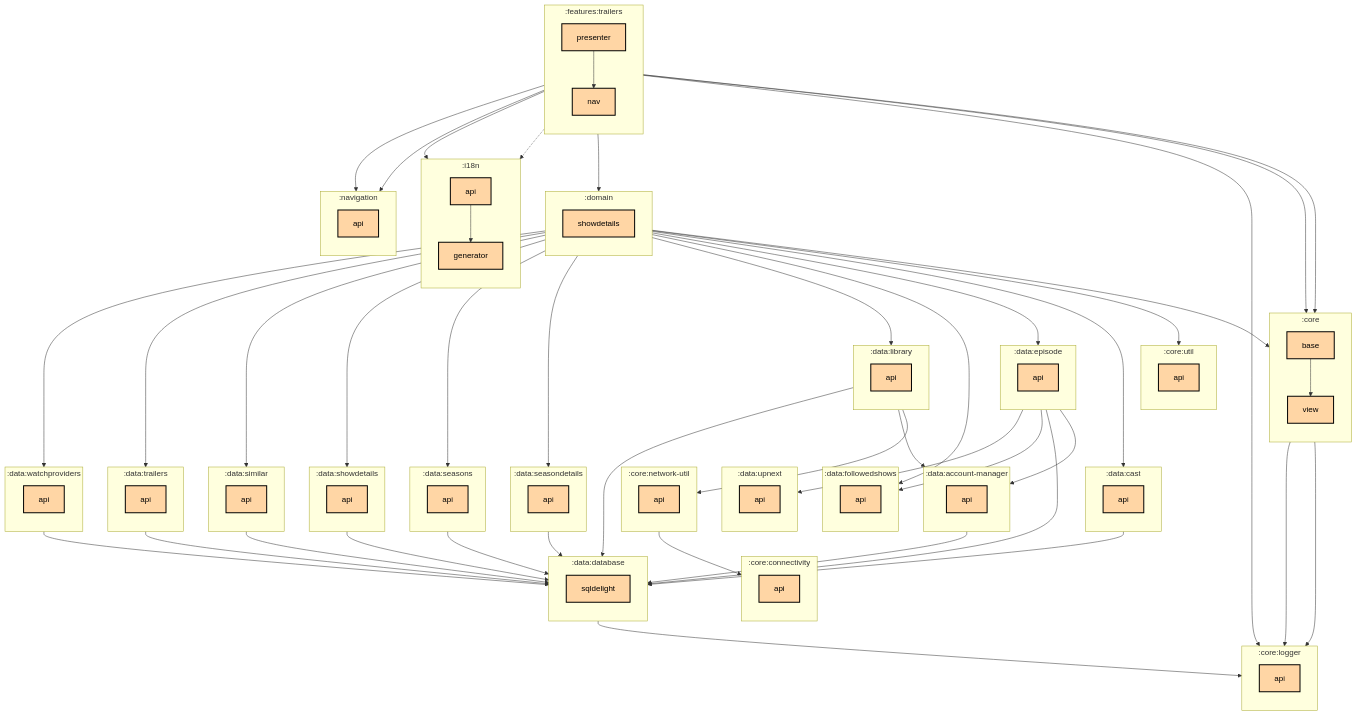
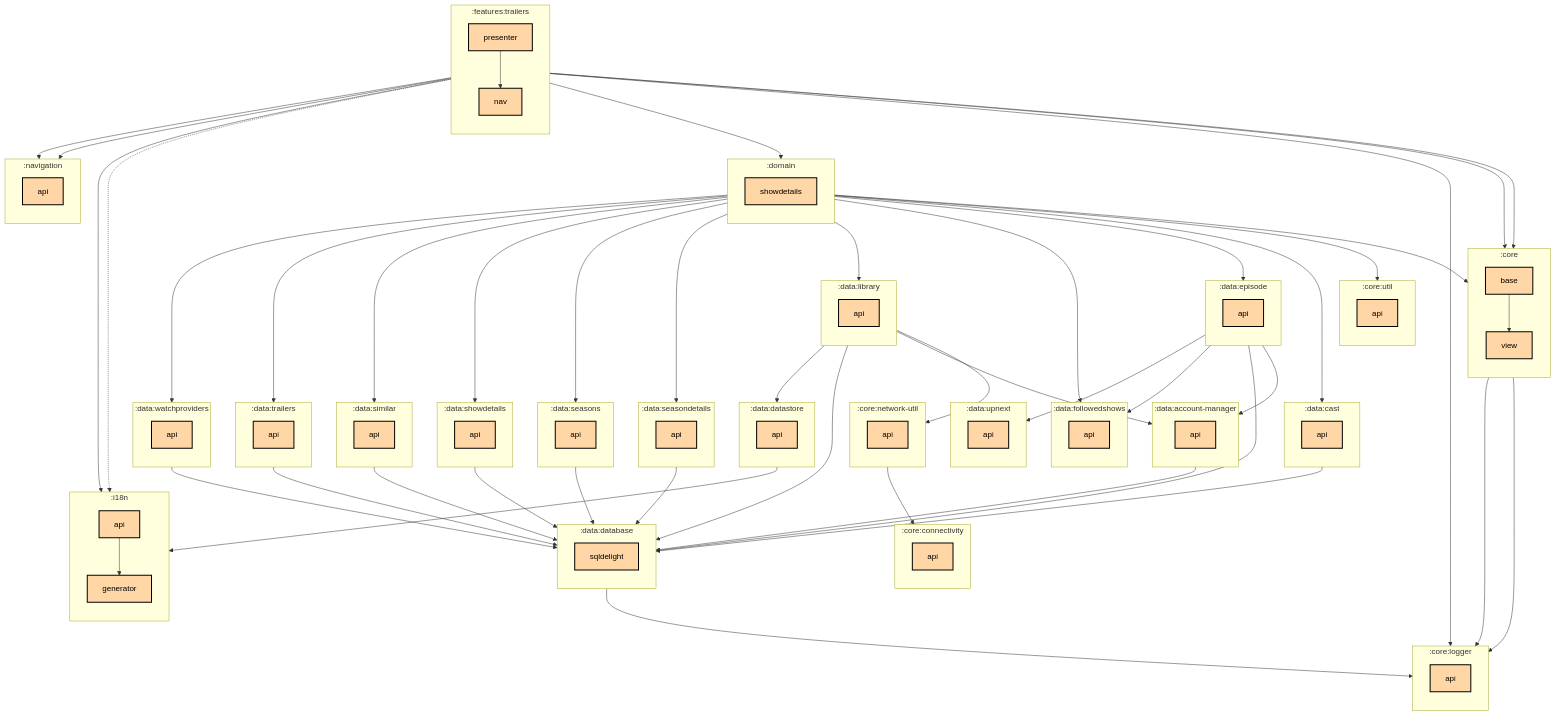
One commit to thomaskioko/tv-maniac changed the first of 2 diagrams in features/trailers/presenter/README.md. Above: the diagram before and after it, drawn with Mermaid. The commit also changed 45 other files, not shown here.

Commit message:
Regenerate the module dependency graphs

```diff
--- a/features/trailers/presenter/README.md
+++ b/features/trailers/presenter/README.md
@@ -37,6 +37,10 @@
   subgraph :data:database
     direction TB
     :data:database:sqldelight[sqldelight]:::multiplatform
+  end
+  subgraph :data:datastore
+    direction TB
+    :data:datastore:api[api]:::multiplatform
   end
   subgraph :data:episode
     direction TB
@@ -104,6 +108,7 @@
   :data:account-manager:api --> :data:database:sqldelight
   :data:cast:api --> :data:database:sqldelight
   :data:database:sqldelight --> :core:logger:api
+  :data:datastore:api --> :i18n:generator
   :data:episode:api --> :data:account-manager:api
   :data:episode:api --> :data:database:sqldelight
   :data:episode:api --> :data:followedshows:api
@@ -111,6 +116,7 @@
   :data:library:api --> :core:network-util:api
   :data:library:api --> :data:account-manager:api
   :data:library:api --> :data:database:sqldelight
+  :data:library:api --> :data:datastore:api
   :data:seasondetails:api --> :data:database:sqldelight
   :data:seasons:api --> :data:database:sqldelight
   :data:showdetails:api --> :data:database:sqldelight
```
